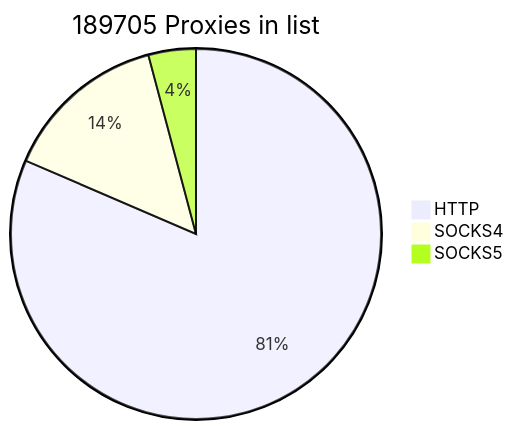
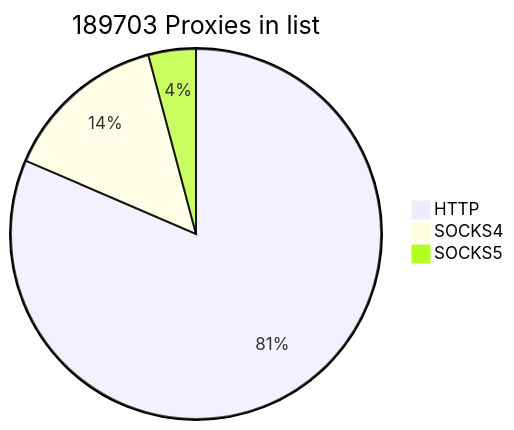
One commit to cutipu/proxylist changed the first of 2 diagrams in README.md. Above: the diagram before and after it, drawn with Mermaid. The commit also changed other lines of this file, not shown here.

````diff
--- a/README.md
+++ b/README.md
@@ -2,7 +2,7 @@
 ```mermaid
-pie title 189705 Proxies in list
+pie title 189703 Proxies in list
     "HTTP" : 154559
-    "SOCKS4" : 27293
-    "SOCKS5" : 7853
+    "SOCKS4" : 27292
+    "SOCKS5" : 7852
             
 ```
````
